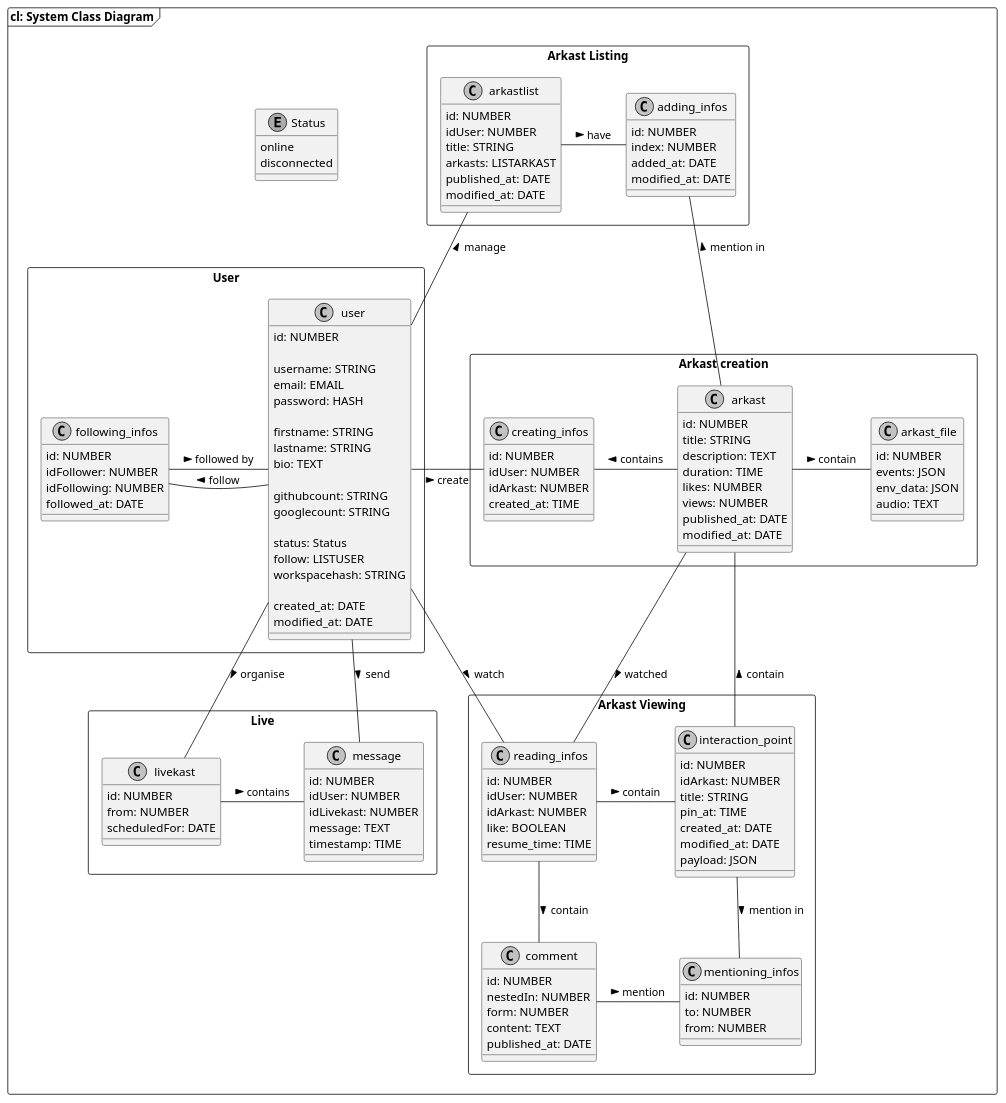
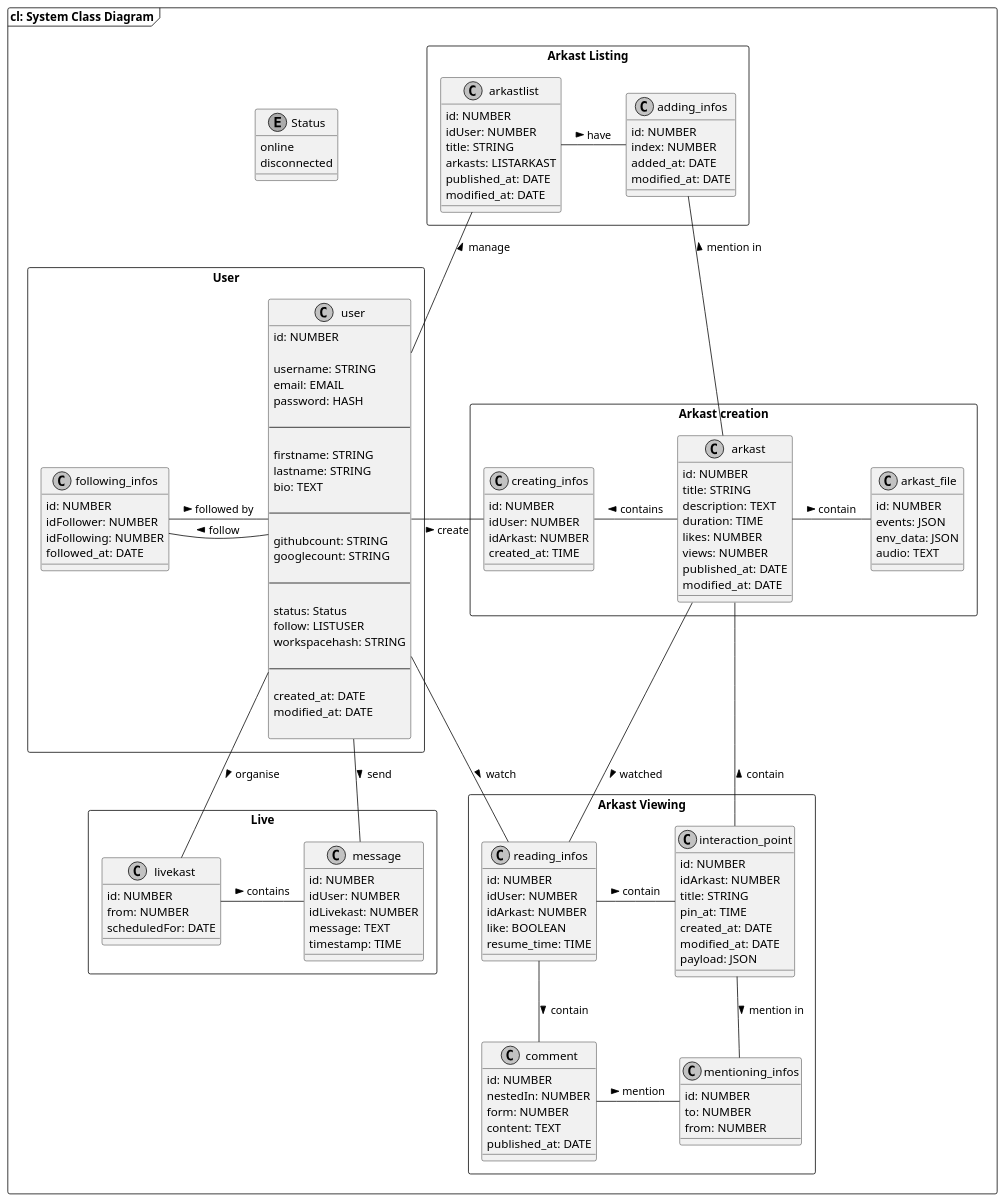
The diagram in models/4.Class/3.system.puml (SSMM0498/arkad-conception), drawn with PlantUML before and after one commit. The commit also changed 5 other files, not shown here.

```diff
--- a/models/4.Class/3.system.puml
+++ b/models/4.Class/3.system.puml
@@ -1,159 +1,167 @@
 @startuml "System Class Diagram"
 skinparam shadowing false
 skinparam monochrome true
 
 frame "cl: System Class Diagram" {
     enum Status {
         online
         disconnected
     }
 
     rectangle "User" {
         class user {
             id: NUMBER
 
             username: STRING
             email: EMAIL
             password: HASH
 
+            ---
+
             firstname: STRING
             lastname: STRING
             bio: TEXT
+            
+            ---
 
             githubcount: STRING
             googlecount: STRING
+            
+            ---
 
             status: Status
             follow: LISTUSER
             workspacehash: STRING
+            
+            ---
 
             created_at: DATE
             modified_at: DATE
 
         }
 
         class following_infos {
             id: NUMBER
             idFollower: NUMBER
             idFollowing: NUMBER
             followed_at: DATE
         }
     }
 
     rectangle "Arkast creation" {
         class arkast {
             id: NUMBER
             title: STRING
             description: TEXT
             duration: TIME
             likes: NUMBER
             views: NUMBER
             published_at: DATE
             modified_at: DATE
         }
 
         class arkast_file {
             id: NUMBER
             events: JSON
             env_data: JSON
             audio: TEXT
         }
 
         class creating_infos {
             id: NUMBER
             idUser: NUMBER
             idArkast: NUMBER
             created_at: TIME
         }
     }
 
     rectangle "Live" {
         class livekast {
             id: NUMBER
             from: NUMBER
             scheduledFor: DATE
         }
 
         class message {
             id: NUMBER
             idUser: NUMBER
             idLivekast: NUMBER
             message: TEXT
             timestamp: TIME
         }
     }
 
     rectangle "Arkast Listing"{
         class arkastlist {
             id: NUMBER
             idUser: NUMBER
             title: STRING
             arkasts: LISTARKAST
             published_at: DATE
             modified_at: DATE
         }
 
         class adding_infos {
             id: NUMBER
             index: NUMBER
             added_at: DATE
             modified_at: DATE
         }
     }
 
     rectangle "Arkast Viewing" {
         class reading_infos {
             id: NUMBER
             idUser: NUMBER
             idArkast: NUMBER
             like: BOOLEAN
             resume_time: TIME
         }
 
         class interaction_point {
             id: NUMBER
             idArkast: NUMBER
             title: STRING
             pin_at: TIME
             created_at: DATE
             modified_at: DATE
             payload: JSON
         }
 
         class comment {
             id: NUMBER
             nestedIn: NUMBER
             form: NUMBER
             content: TEXT
             published_at: DATE
         }
 
         class mentioning_infos {
             id: NUMBER
             to: NUMBER
             from: NUMBER
         }
     }
 
     user -up- arkastlist : manage >
     user -left- following_infos: follow >
     user -left- following_infos: followed by <
     user -right- creating_infos : create >
     user -down- livekast : organise >
     user -down- reading_infos : watch >
     user -down- message : send >
     ' user -right- arkast : manage >
     message -left- livekast : contains <
     arkast -right- arkast_file : contain >
     arkast -down- reading_infos : watched >
     creating_infos -right- arkast : contains <
     adding_infos -left- arkastlist : have <
     adding_infos -down- arkast : mention in <
     reading_infos -down- comment : contain >
     reading_infos -right- interaction_point : contain >
     interaction_point -up- arkast : contain >
     interaction_point -down- mentioning_infos : mention in >
     comment -right- mentioning_infos : mention >
 }
 
 @enduml
```
